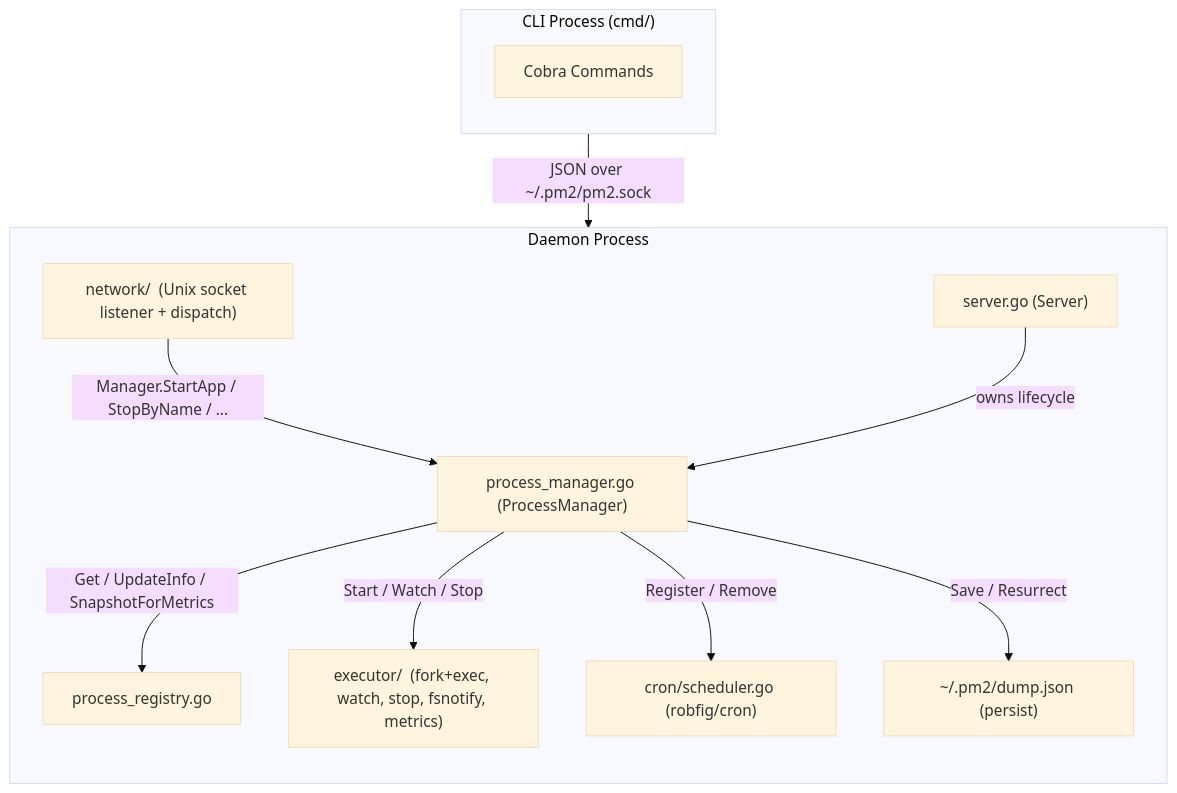
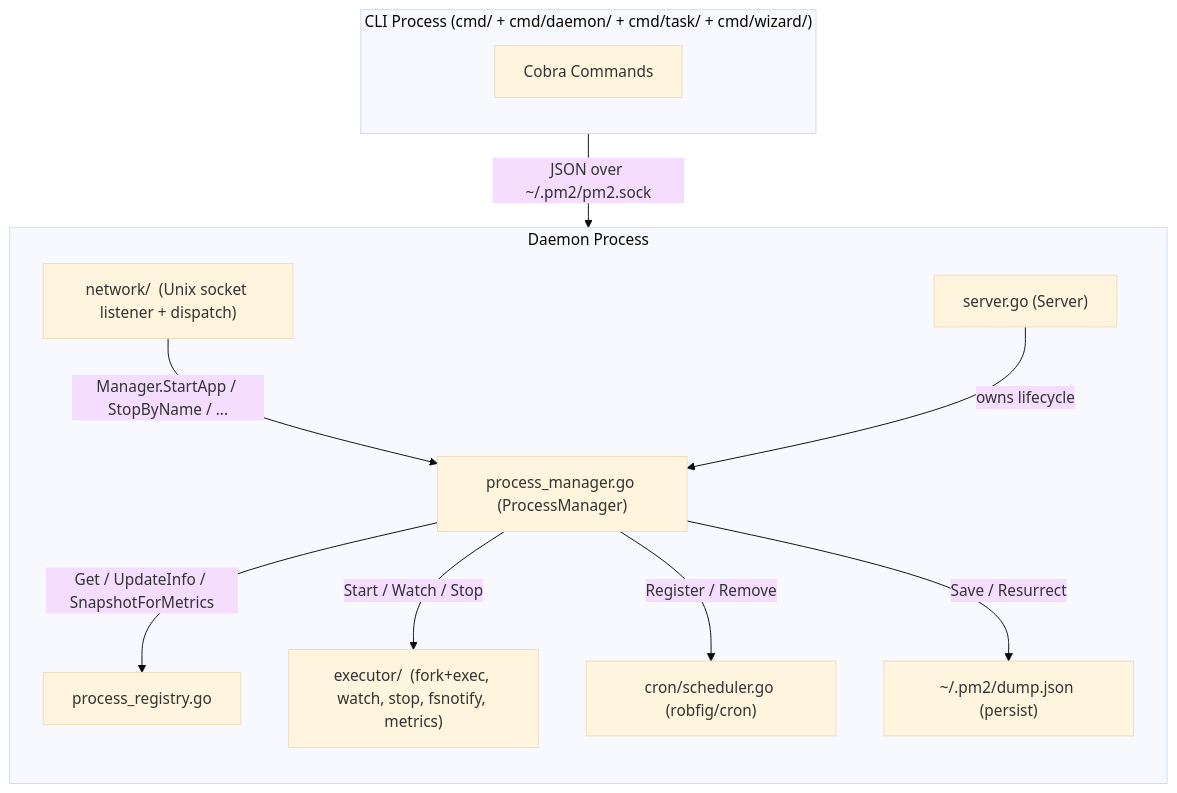
Before and after one commit to BizShuk/pm2: the diagram in CLAUDE.md, drawn with Mermaid (base theme). The commit also changed other lines of this file and 44 other files, not shown here.

````diff
--- a/CLAUDE.md
+++ b/CLAUDE.md
@@ -11,27 +11,27 @@
 ```mermaid
 flowchart TD
-    subgraph CLI ["CLI Process (cmd/)"]
+    subgraph CLI ["CLI Process (cmd/ + cmd/daemon/ + cmd/task/ + cmd/wizard/)"]
         direction TB
         C["Cobra Commands"]
     end
 
     subgraph Daemon ["Daemon Process"]
         direction TB
         N["network/  (Unix socket listener + dispatch)"]
         S["server.go (Server)"]
         PM["process_manager.go (ProcessManager)"]
         R["process_registry.go"]
         E["executor/  (fork+exec, watch, stop, fsnotify, metrics)"]
         CR["cron/scheduler.go (robfig/cron)"]
         D["~/.pm2/dump.json (persist)"]
 
         N -->|"Manager.StartApp / StopByName / ..."| PM
         S -->|"owns lifecycle"| PM
         PM -->|"Get / UpdateInfo / SnapshotForMetrics"| R
         PM -->|"Start / Watch / Stop"| E
         PM -->|"Register / Remove"| CR
         PM -->|"Save / Resurrect"| D
     end
 
     C -- "JSON over ~/.pm2/pm2.sock" --> N
 ```
````
